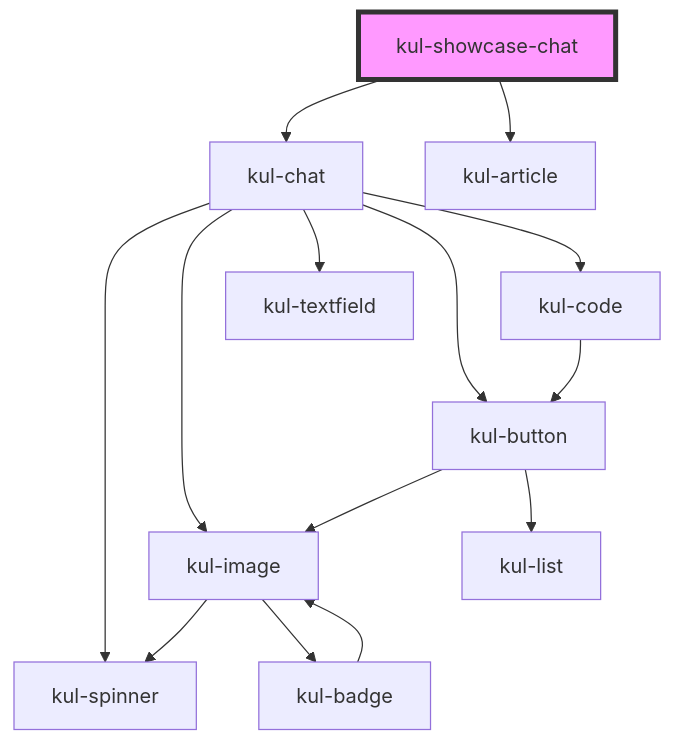
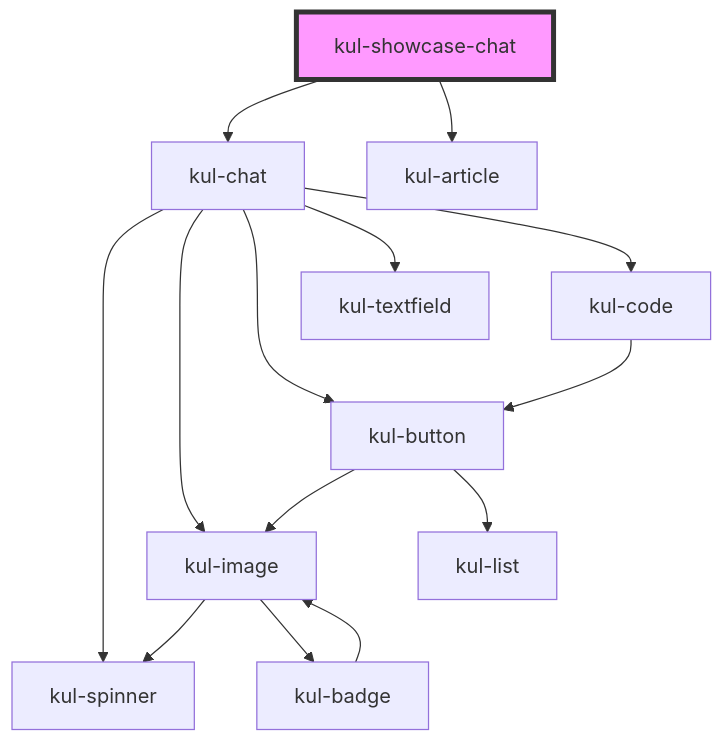
The diagram in packages/ketchup-lite/src/components/kul-showcase/components/chat/readme.md (lucafoscili/ketchup-lite), drawn with Mermaid before and after one commit. The commit also changed other lines of this file and 6 other files, not shown here.

````diff
--- a/packages/ketchup-lite/src/components/kul-showcase/components/chat/readme.md
+++ b/packages/ketchup-lite/src/components/kul-showcase/components/chat/readme.md
@@ -27,17 +27,17 @@
 ```mermaid
 graph TD;
   kul-showcase-chat --> kul-chat
   kul-showcase-chat --> kul-article
   kul-chat --> kul-spinner
   kul-chat --> kul-image
+  kul-chat --> kul-button
   kul-chat --> kul-textfield
-  kul-chat --> kul-button
   kul-chat --> kul-code
   kul-image --> kul-spinner
   kul-image --> kul-badge
   kul-badge --> kul-image
   kul-button --> kul-image
   kul-button --> kul-list
   kul-code --> kul-button
   style kul-showcase-chat fill:#f9f,stroke:#333,stroke-width:4px
 ```
````
